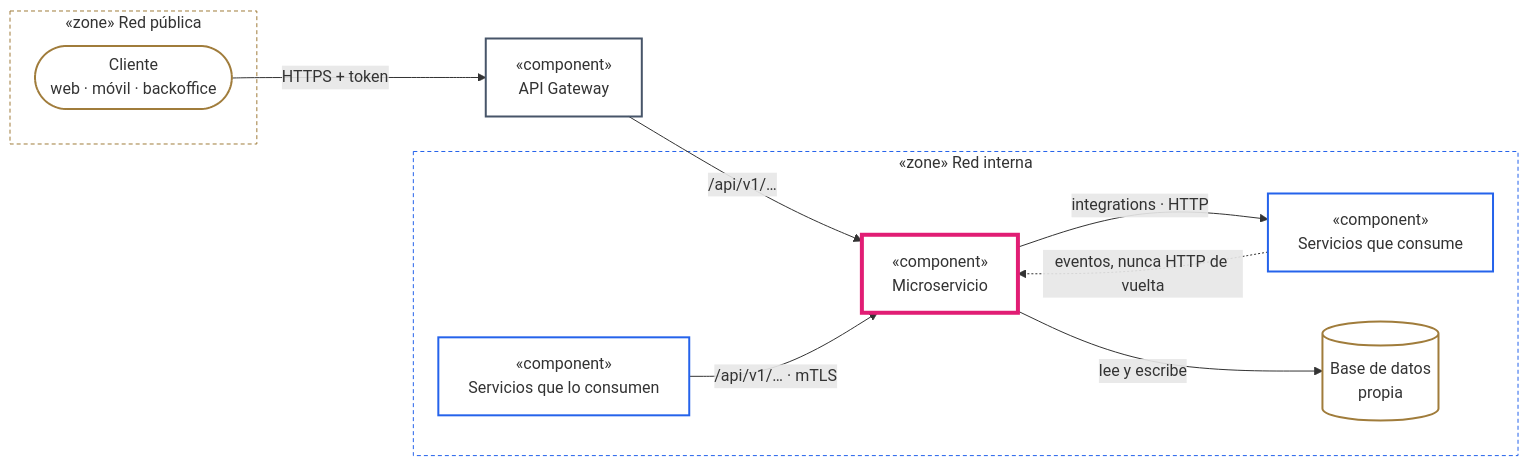
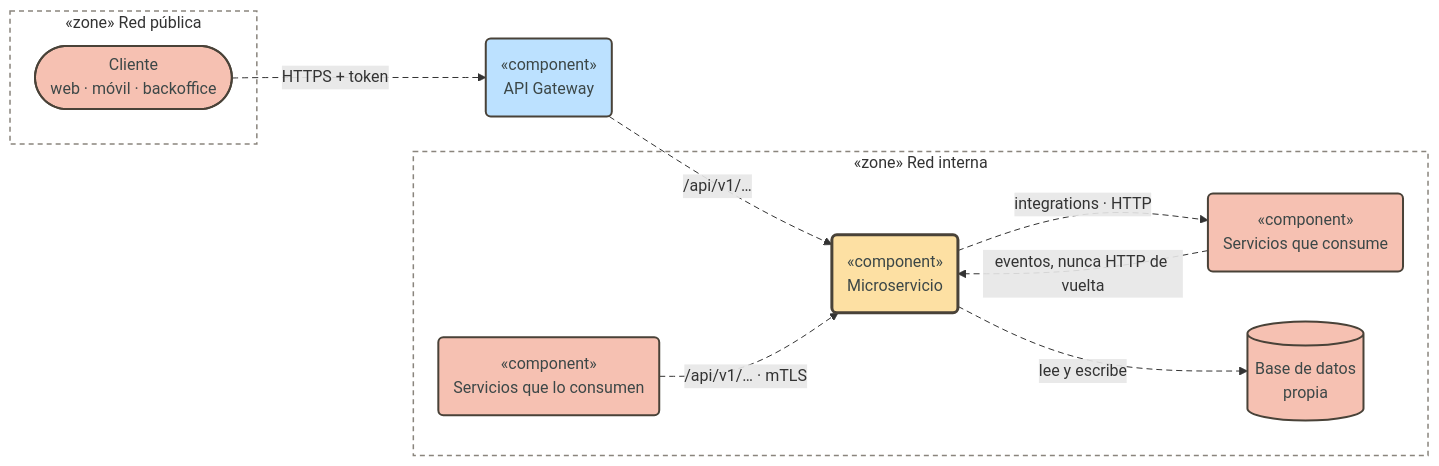
The first of 15 diagrams in docs/architecture/modular-microservice.md (pcarroza91/nest-template), drawn with Mermaid before and after one commit. The commit also changed other lines of this file and 2 other files, not shown here.

First line of the commit message:
docs(architecture): aplica el estilo pastel por rol a los diagramas Mermaid

````diff
--- a/docs/architecture/modular-microservice.md
+++ b/docs/architecture/modular-microservice.md
@@ -44,33 +44,30 @@
 ```mermaid
 flowchart LR
     subgraph PUB["«zone» Red pública"]
         C(["Cliente<br/>web · móvil · backoffice"])
     end
-    GW["«component»<br/>API Gateway"]
+    GW("«component»<br/>API Gateway")
     subgraph INT["«zone» Red interna"]
-        UP["«component»<br/>Servicios que lo consumen"]
-        MS["«component»<br/>Microservicio"]
-        DOWN["«component»<br/>Servicios que consume"]
+        UP("«component»<br/>Servicios que lo consumen")
+        MS("«component»<br/>Microservicio")
+        DOWN("«component»<br/>Servicios que consume")
         DB[("Base de datos<br/>propia")]
     end
 
     C -- "HTTPS + token" --> GW
     GW -- "/api/v1/…" --> MS
     UP -- "/api/v1/… · mTLS" --> MS
     MS -- "integrations · HTTP" --> DOWN
     DOWN -. "eventos, nunca HTTP de vuelta" .-> MS
     MS -- "lee y escribe" --> DB
 
-    classDef zonePub fill:transparent,stroke:#a07c3b,stroke-dasharray:4 3
-    classDef zoneInt fill:transparent,stroke:#2563eb,stroke-dasharray:4 3
-    classDef ext fill:transparent,stroke:#a07c3b,stroke-width:2px
-    classDef gw fill:transparent,stroke:#475569,stroke-width:2px
-    classDef other fill:transparent,stroke:#2563eb,stroke-width:2px
-    classDef main fill:transparent,stroke:#e11d74,stroke-width:4px
-    class PUB zonePub
-    class INT zoneInt
-    class C,DB ext
-    class GW gw
-    class UP,DOWN other
+    classDef entry fill:#bce1ff,stroke:#494238,stroke-width:2px,color:#3c4747
+    classDef ext fill:#f6c1b2,stroke:#494238,stroke-width:2px,color:#3c4747
+    classDef main fill:#fde0a3,stroke:#494238,stroke-width:3px,color:#3c4747
+    classDef pkg fill:transparent,stroke:#8a857d,stroke-width:1.5px,stroke-dasharray:5 4
+    class GW entry
+    class C,UP,DOWN,DB ext
     class MS main
+    class PUB,INT pkg
+    linkStyle default stroke-dasharray:6 4
 ```
````
